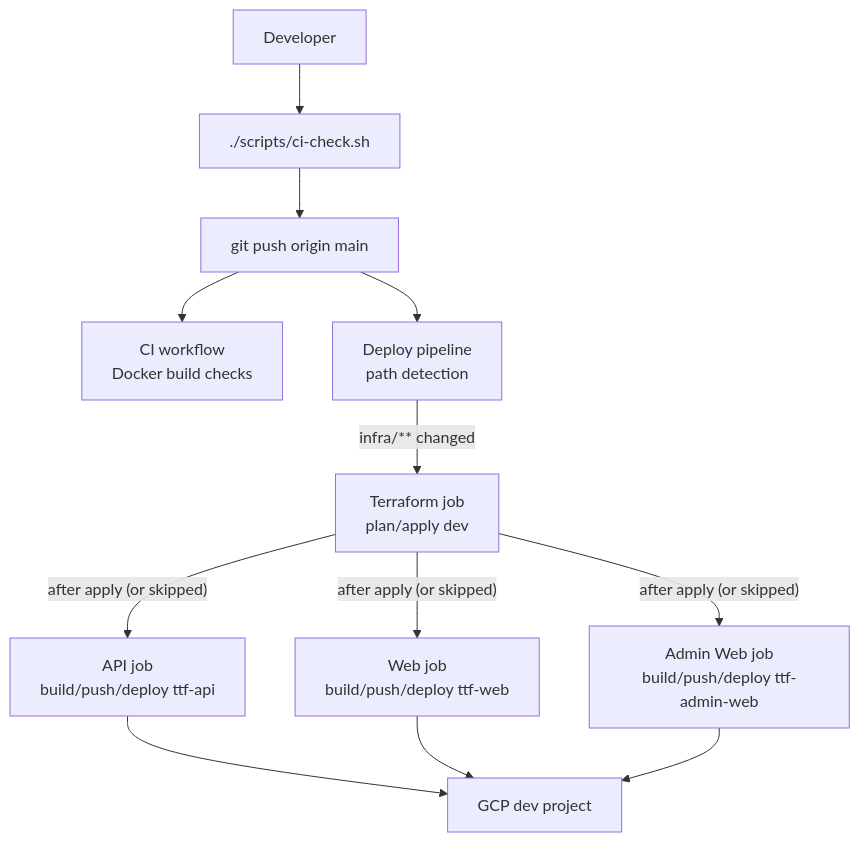
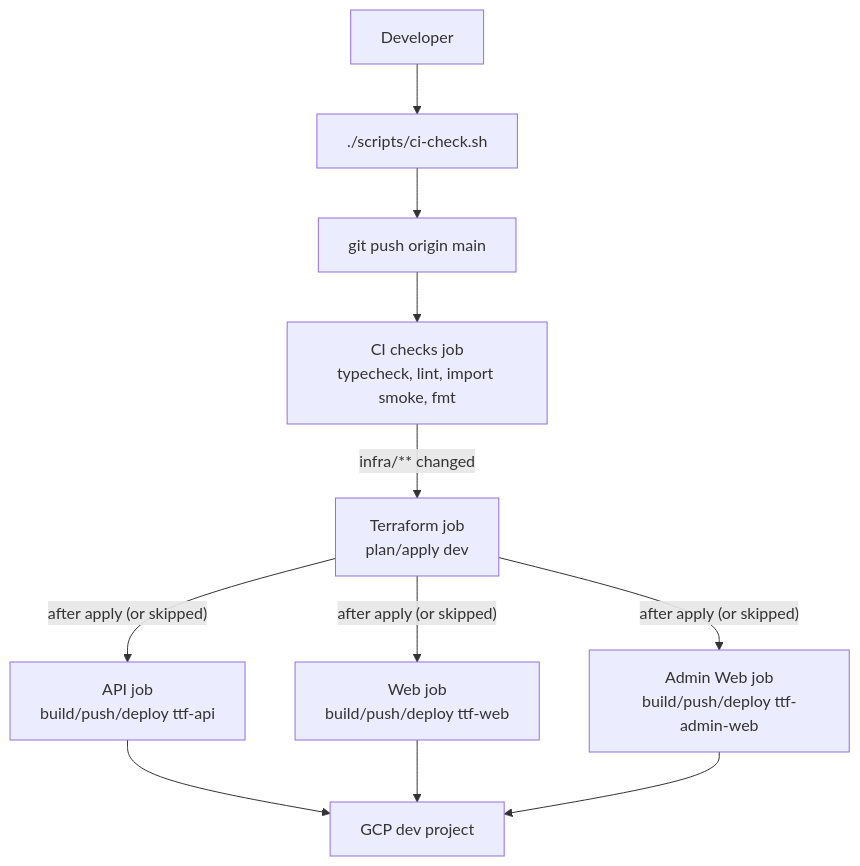
Before and after one commit to samueljoeharris/restaurant_app: the sixth of 6 diagrams in docs/ARCHITECTURE.md, drawn with Mermaid. The commit also changed other lines of this file and 6 other files, not shown here.

First line of the commit message:
ci: merge CI into the pipeline — checks gate, single image builds

````diff
--- a/docs/ARCHITECTURE.md
+++ b/docs/ARCHITECTURE.md
@@ -357,25 +359,23 @@
 ```mermaid
 flowchart TB
     Dev[Developer]
     LocalCI[./scripts/ci-check.sh]
     Push[git push origin main]
-    CI[CI workflow\nDocker build checks]
-    Pipeline[Deploy pipeline\npath detection]
+    Checks[CI checks job\ntypecheck, lint, import smoke, fmt]
     TF[Terraform job\nplan/apply dev]
     API[API job\nbuild/push/deploy ttf-api]
     Web[Web job\nbuild/push/deploy ttf-web]
     Admin[Admin Web job\nbuild/push/deploy ttf-admin-web]
     GCP[GCP dev project]
 
     Dev --> LocalCI
     LocalCI --> Push
-    Push --> CI
-    Push --> Pipeline
-    Pipeline -->|infra/** changed| TF
+    Push --> Checks
+    Checks -->|infra/** changed| TF
     TF -->|"after apply (or skipped)"| API
     TF -->|"after apply (or skipped)"| Web
     TF -->|"after apply (or skipped)"| Admin
     API --> GCP
     Web --> GCP
     Admin --> GCP
 ```
````
